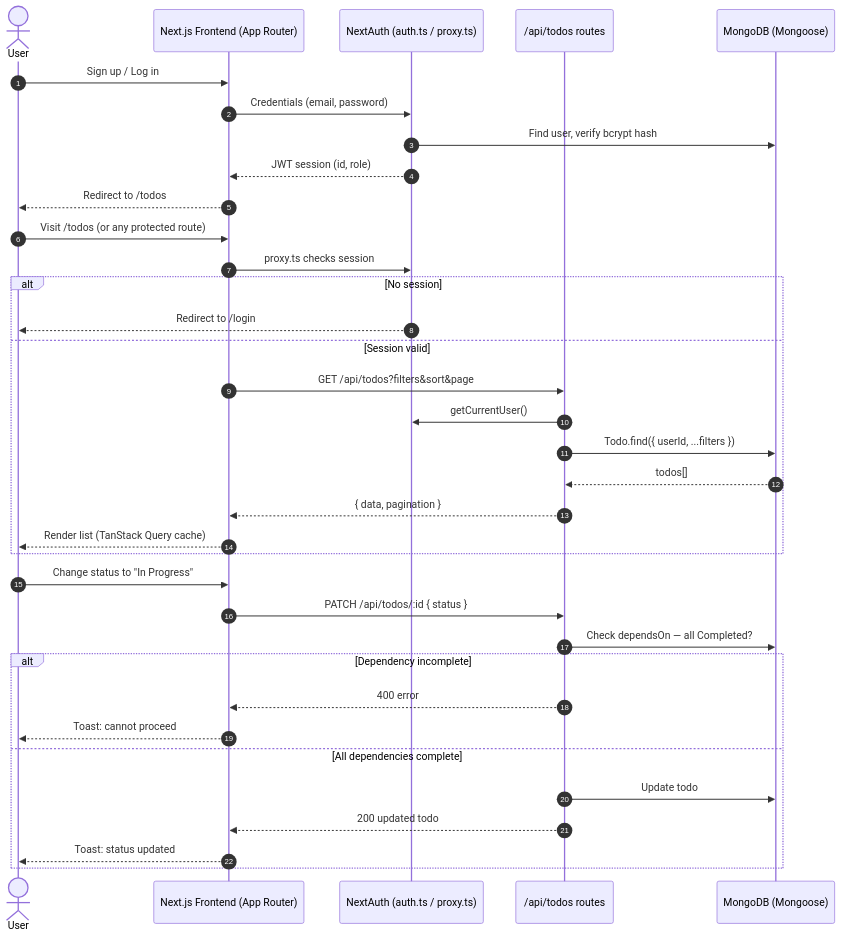
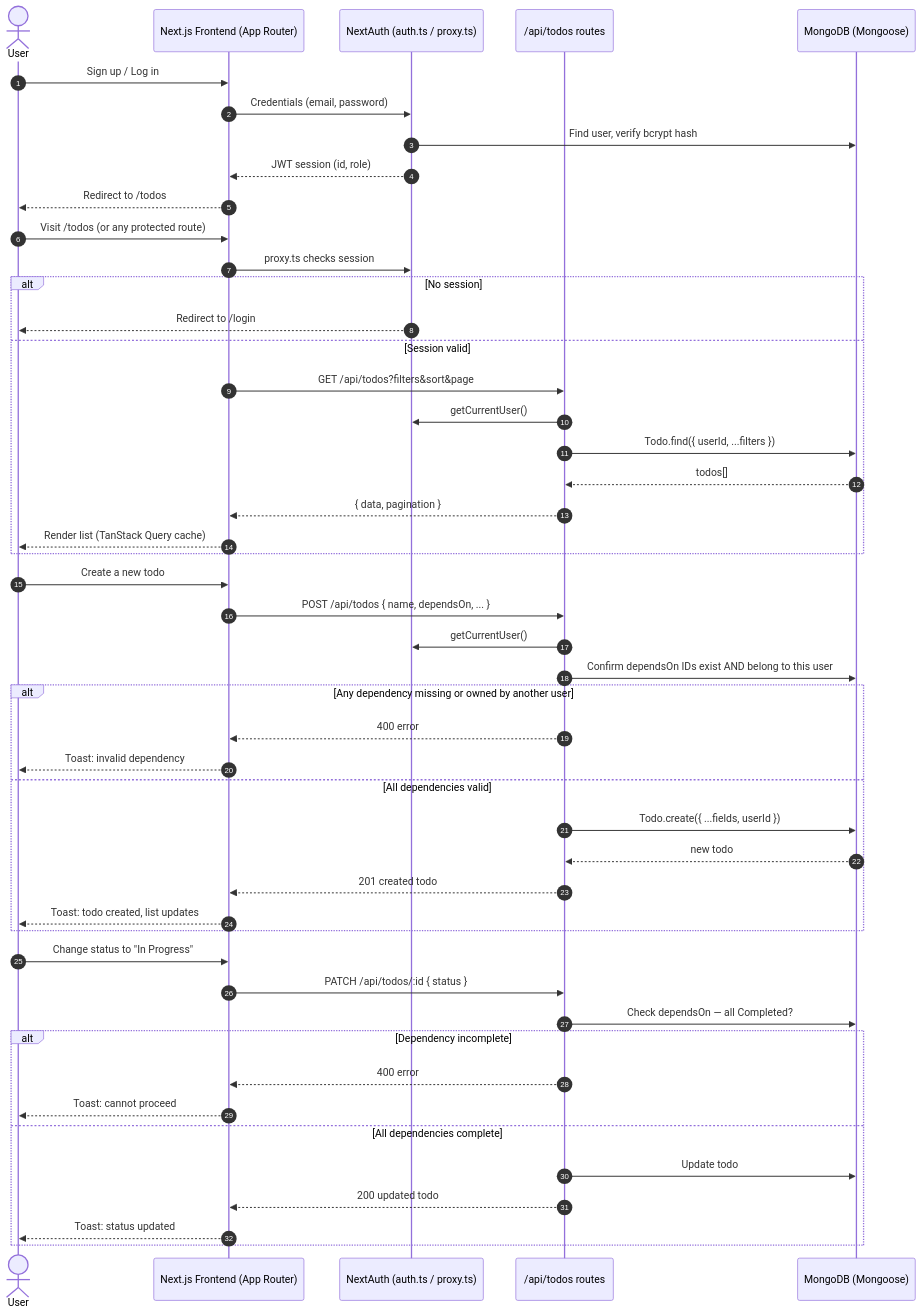
Before and after one commit to shaffanmohd/todo-app: the first of 2 diagrams in README.md, drawn with Mermaid. The commit also changed other lines of this file and 1 other file, not shown here.

````diff
--- a/README.md
+++ b/README.md
@@ -129,40 +129,54 @@
 ```mermaid
 sequenceDiagram
     autonumber
     actor User
     participant FE as Next.js Frontend (App Router)
     participant Auth as NextAuth (auth.ts / proxy.ts)
     participant API as /api/todos routes
     participant DB as MongoDB (Mongoose)
 
     User->>FE: Sign up / Log in
     FE->>Auth: Credentials (email, password)
     Auth->>DB: Find user, verify bcrypt hash
     Auth-->>FE: JWT session (id, role)
     FE-->>User: Redirect to /todos
 
     User->>FE: Visit /todos (or any protected route)
     FE->>Auth: proxy.ts checks session
     alt No session
         Auth-->>User: Redirect to /login
     else Session valid
         FE->>API: GET /api/todos?filters&sort&page
         API->>Auth: getCurrentUser()
         API->>DB: Todo.find({ userId, ...filters })
         DB-->>API: todos[]
         API-->>FE: { data, pagination }
         FE-->>User: Render list (TanStack Query cache)
     end
 
+    User->>FE: Create a new todo
+    FE->>API: POST /api/todos { name, dependsOn, ... }
+    API->>Auth: getCurrentUser()
+    API->>DB: Confirm dependsOn IDs exist AND belong to this user
+    alt Any dependency missing or owned by another user
+        API-->>FE: 400 error
+        FE-->>User: Toast: invalid dependency
+    else All dependencies valid
+        API->>DB: Todo.create({ ...fields, userId })
+        DB-->>API: new todo
+        API-->>FE: 201 created todo
+        FE-->>User: Toast: todo created, list updates
+    end
+
     User->>FE: Change status to "In Progress"
     FE->>API: PATCH /api/todos/:id { status }
     API->>DB: Check dependsOn — all Completed?
     alt Dependency incomplete
         API-->>FE: 400 error
         FE-->>User: Toast: cannot proceed
     else All dependencies complete
         API->>DB: Update todo
         API-->>FE: 200 updated todo
         FE-->>User: Toast: status updated
     end
 ```
````
